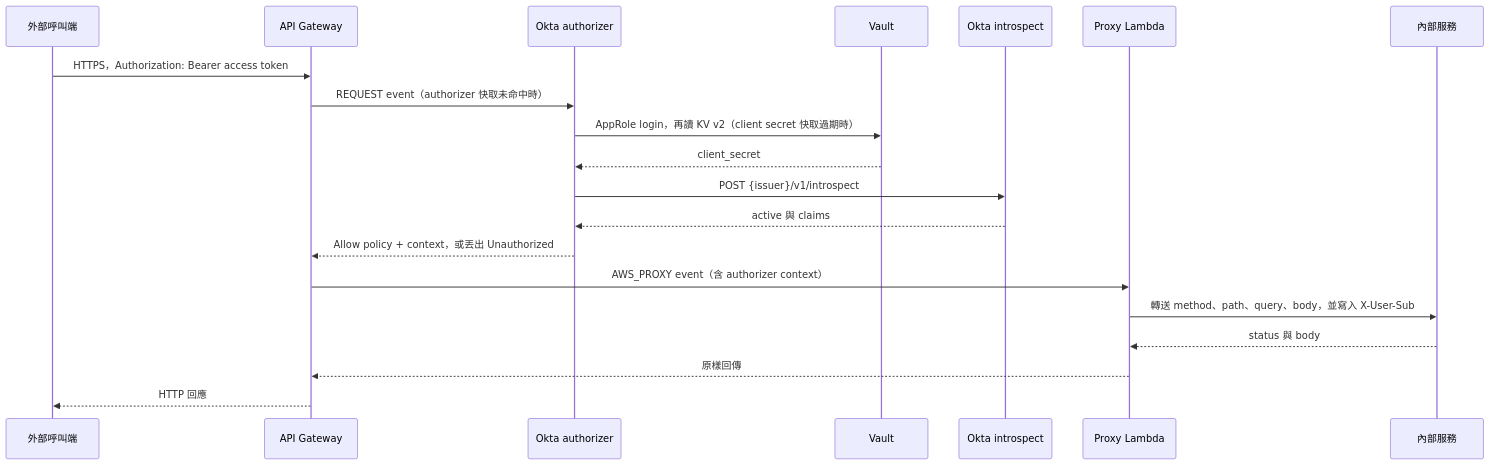
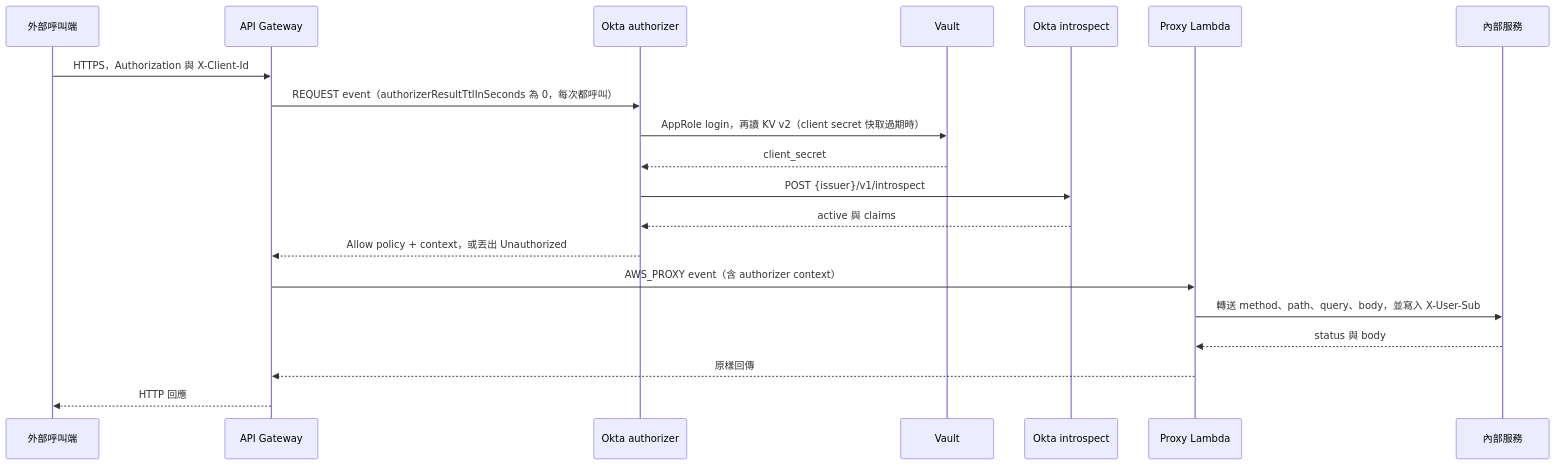
The diagram in aws-external-api/README.md (jckh1234/sample), drawn with Mermaid before and after one commit. The commit also changed other lines of this file and 7 other files, not shown here.

````diff
--- a/aws-external-api/README.md
+++ b/aws-external-api/README.md
@@ -15,23 +17,23 @@
 ```mermaid
 sequenceDiagram
   participant Client as 外部呼叫端
   participant APIGW as API Gateway
   participant Auth as Okta authorizer
   participant Vault as Vault
   participant Okta as Okta introspect
   participant Proxy as Proxy Lambda
   participant Internal as 內部服務
 
-  Client->>APIGW: HTTPS，Authorization: Bearer access token
-  APIGW->>Auth: REQUEST event（authorizer 快取未命中時）
+  Client->>APIGW: HTTPS，Authorization 與 X-Client-Id
+  APIGW->>Auth: REQUEST event（authorizerResultTtlInSeconds 為 0，每次都呼叫）
   Auth->>Vault: AppRole login，再讀 KV v2（client secret 快取過期時）
   Vault-->>Auth: client_secret
   Auth->>Okta: POST {issuer}/v1/introspect
   Okta-->>Auth: active 與 claims
   Auth-->>APIGW: Allow policy + context，或丟出 Unauthorized
   APIGW->>Proxy: AWS_PROXY event（含 authorizer context）
   Proxy->>Internal: 轉送 method、path、query、body，並寫入 X-User-Sub
   Internal-->>Proxy: status 與 body
   Proxy-->>APIGW: 原樣回傳
   APIGW-->>Client: HTTP 回應
 ```
````
